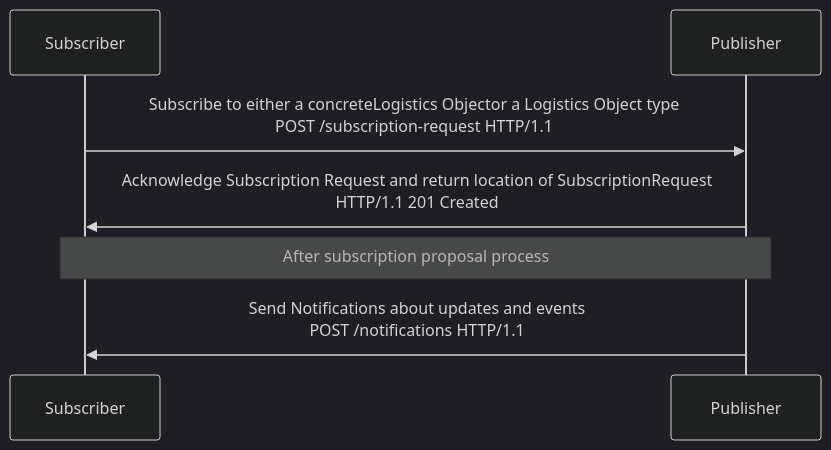
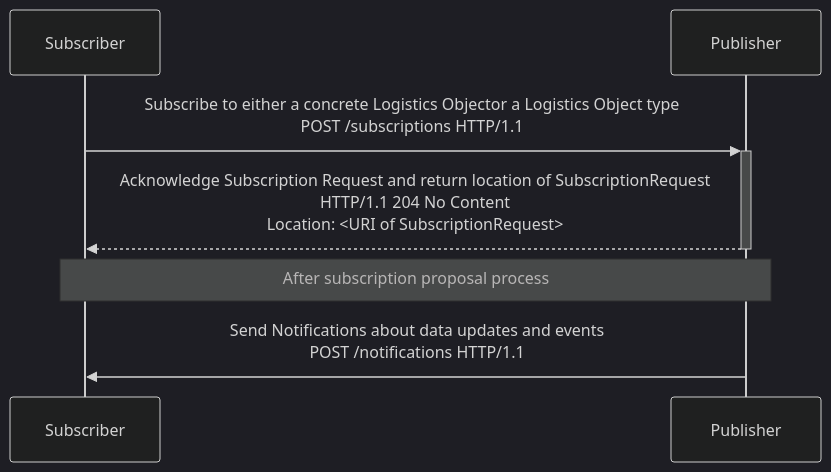
One commit to IATA-Cargo/ONE-Record changed the third of 3 diagrams in working_draft/API/docs/subscriptions.md. Above: the diagram before and after it, drawn with Mermaid (dark theme). The commit also changed other lines of this file and 1 other file, not shown here.

````diff
--- a/working_draft/API/docs/subscriptions.md
+++ b/working_draft/API/docs/subscriptions.md
@@ -211,12 +212,12 @@
 ```mermaid
   sequenceDiagram
 
   participant SUB as Subscriber
   participant PUB as Publisher
 
-  SUB->>PUB: Subscribe to either a concreteLogistics Objector a Logistics Object type <br> POST /subscription-request HTTP/1.1
-
-  PUB->>SUB: Acknowledge Subscription Request and return location of SubscriptionRequest<br> HTTP/1.1 201 Created 
+  SUB->>+PUB: Subscribe to either a concrete Logistics Objector a Logistics Object type <br> POST /subscriptions HTTP/1.1
+  PUB-->>-SUB: Acknowledge Subscription Request and return location of SubscriptionRequest<br>HTTP/1.1 204 No Content <br> Location: <URI of SubscriptionRequest>
+  
   note over PUB, SUB: After subscription proposal process
-  PUB->>SUB: Send Notifications about updates and events<br> POST /notifications HTTP/1.1
+  PUB->>SUB: Send Notifications about data updates and events<br> POST /notifications HTTP/1.1
 ```
````
